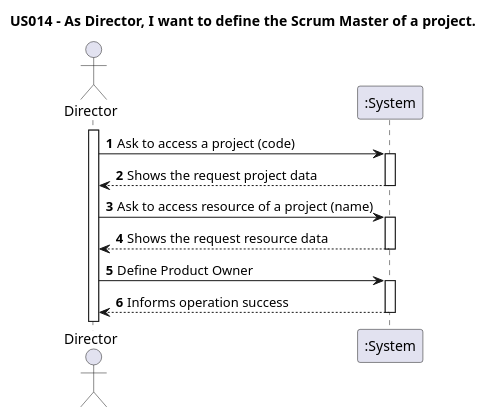
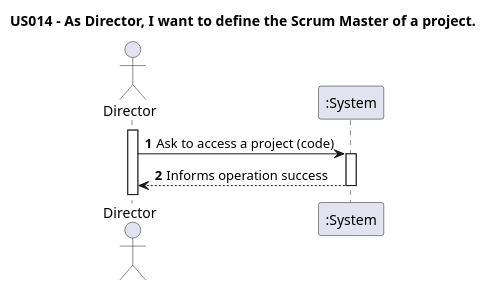
The diagram in docs/Sprint2/US014/US014-SSD.puml (nunogon1211787/projectManagement), drawn with PlantUML before and after one commit. The commit also changed 51 other files, not shown here.

```diff
--- a/docs/Sprint2/US014/US014-SSD.puml
+++ b/docs/Sprint2/US014/US014-SSD.puml
@@ -1,19 +1,15 @@
 @startuml
 
 title "US014 - As Director, I want to define the Scrum Master of a project."
 autoactivate on
 autonumber
 
 actor "Director" as Director
 participant ":System" as System
 
 activate Director
 
 Director -> System: Ask to access a project (code)
-System --> Director: Shows the request project data
-Director -> System: Ask to access resource of a project (name)
-System --> Director: Shows the request resource data
-Director -> System: Define Product Owner
 System --> Director: Informs operation success
 
 @enduml
```
